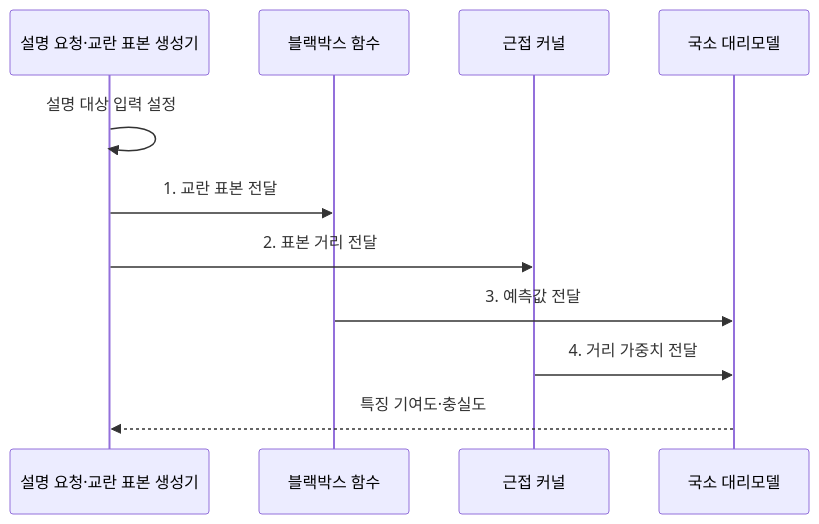
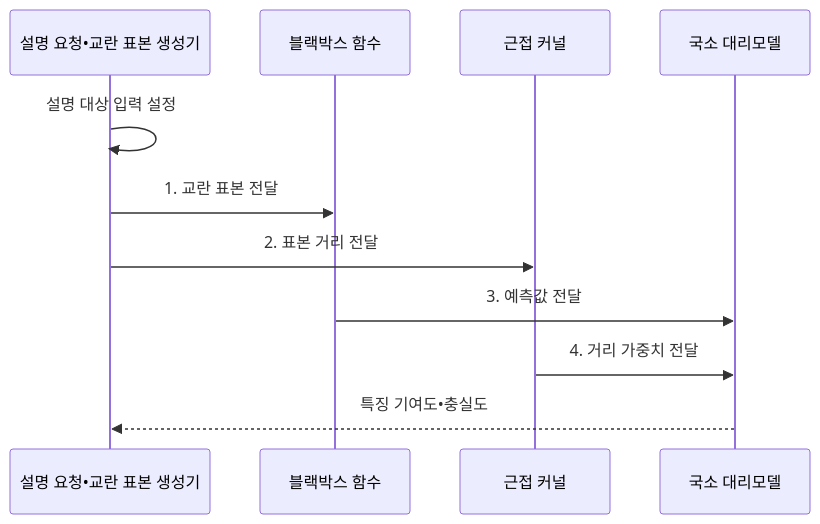
The second of 2 diagrams in src/content/docs/notes/08-latest-tech/105_lime.md (agnusdei1207/knowledge-base), drawn with Mermaid before and after one commit. The commit also changed other lines of this file and 953 other files, not shown here.

````diff
--- a/src/content/docs/notes/08-latest-tech/105_lime.md
+++ b/src/content/docs/notes/08-latest-tech/105_lime.md
@@ -102,13 +102,13 @@
 ```mermaid
 sequenceDiagram
-    participant P as 설명 요청·교란 표본 생성기
+    participant P as 설명 요청•교란 표본 생성기
     participant B as 블랙박스 함수
     participant K as 근접 커널
     participant L as 국소 대리모델
     P->>P: 설명 대상 입력 설정
     P->>B: 1. 교란 표본 전달
     P->>K: 2. 표본 거리 전달
     B->>L: 3. 예측값 전달
     K->>L: 4. 거리 가중치 전달
-    L-->>P: 특징 기여도·충실도
+    L-->>P: 특징 기여도•충실도
 ```
````
